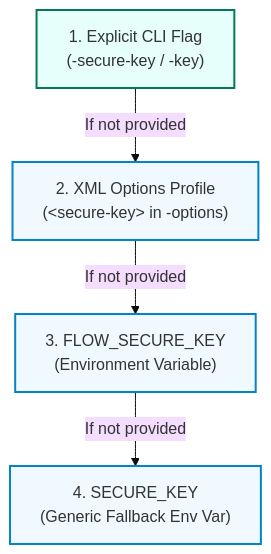
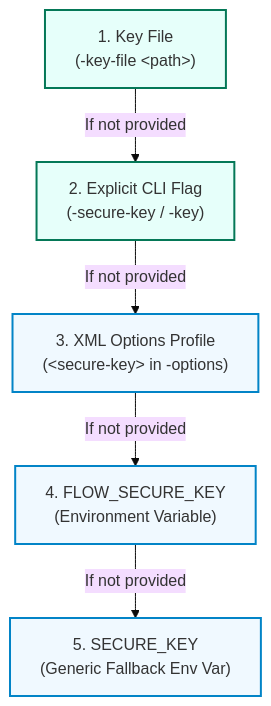
Before and after one commit to etl-madness/go-flow: the seventh of 7 diagrams in SECURITY_ORDER_AND_OPTIONS.md, drawn with Mermaid (base theme). The commit also changed other lines of this file and 28 other files, not shown here.

````diff
--- a/SECURITY_ORDER_AND_OPTIONS.md
+++ b/SECURITY_ORDER_AND_OPTIONS.md
@@ -282,16 +284,18 @@
 ```mermaid
 flowchart TD
-    P1["1. Explicit CLI Flag<br>(-secure-key / -key)"]
-    P2["2. XML Options Profile<br>(&lt;secure-key&gt; in -options)"]
-    P3["3. FLOW_SECURE_KEY<br>(Environment Variable)"]
-    P4["4. SECURE_KEY<br>(Generic Fallback Env Var)"]
+    P0["1. Key File<br>(-key-file &lt;path&gt;)"]
+    P1["2. Explicit CLI Flag<br>(-secure-key / -key)"]
+    P2["3. XML Options Profile<br>(&lt;secure-key&gt; in -options)"]
+    P3["4. FLOW_SECURE_KEY<br>(Environment Variable)"]
+    P4["5. SECURE_KEY<br>(Generic Fallback Env Var)"]
 
+    P0 -->|"If not provided"| P1
     P1 -->|"If not provided"| P2
     P2 -->|"If not provided"| P3
     P3 -->|"If not provided"| P4
 
     classDef high fill:#e6fffa,stroke:#047857,stroke-width:2px;
     classDef item fill:#f0f9ff,stroke:#0284c7,stroke-width:2px;
-    class P1 high;
+    class P0,P1 high;
     class P2,P3,P4 item;
 ```
````
